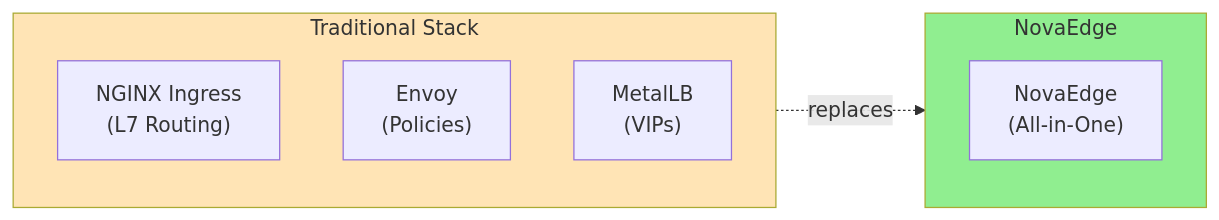
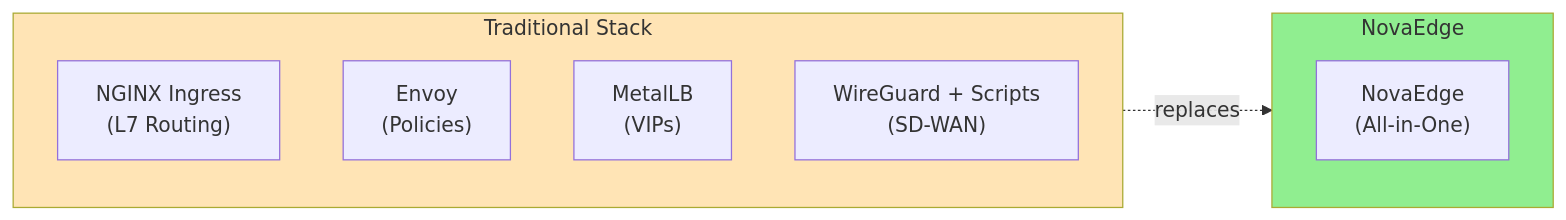
One commit to azrtydxb/novaedge changed the first of 2 diagrams in docs/index.md. Above: the diagram before and after it, drawn with Mermaid. The commit also changed other lines of this file and 80 other files, not shown here.

First line of the commit message:
SD-WAN: WireGuard data plane, WAN intelligence, STUN/DSCP, and WebUI (#438)

````diff
--- a/docs/index.md
+++ b/docs/index.md
@@ -13,17 +13,18 @@
 ```mermaid
 flowchart LR
     subgraph Before["Traditional Stack"]
         NGINX["NGINX Ingress<br/>(L7 Routing)"]
         Envoy["Envoy<br/>(Policies)"]
         MetalLB["MetalLB<br/>(VIPs)"]
+        SDWAN["WireGuard + Scripts<br/>(SD-WAN)"]
     end
 
     subgraph After["NovaEdge"]
         NE["NovaEdge<br/>(All-in-One)"]
     end
 
     Before -.->|"replaces"| After
 
     style Before fill:#FFE4B5
     style After fill:#90EE90
 ```
````
